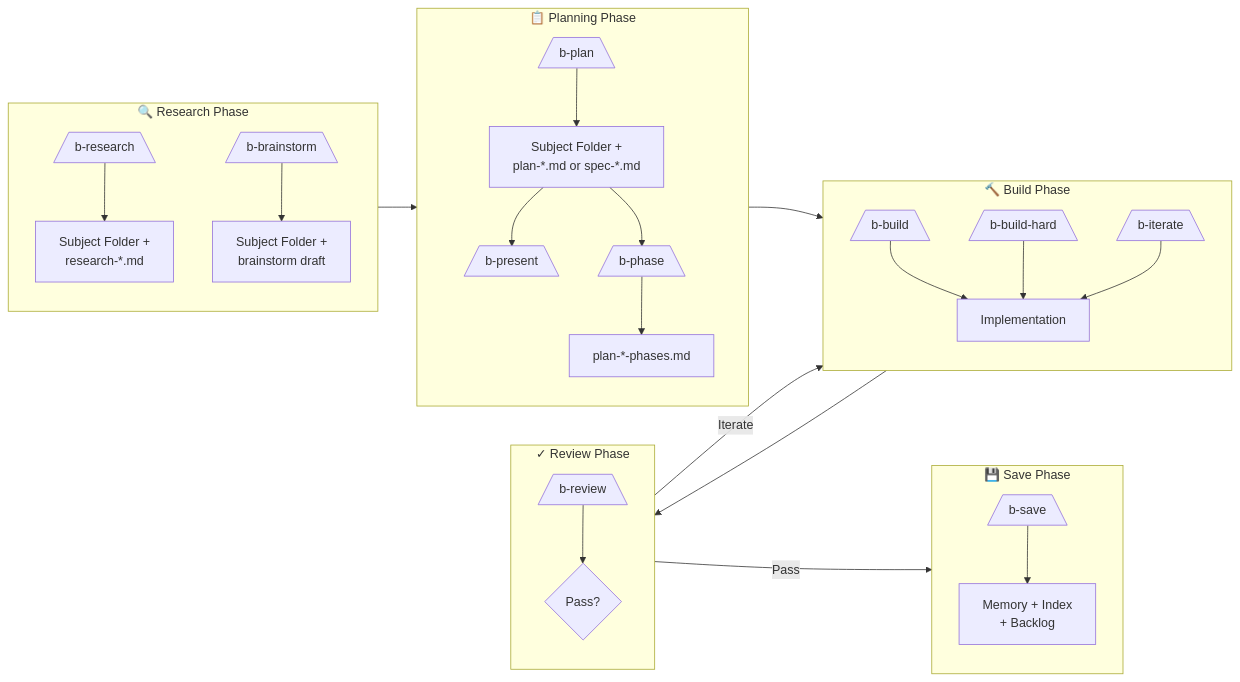
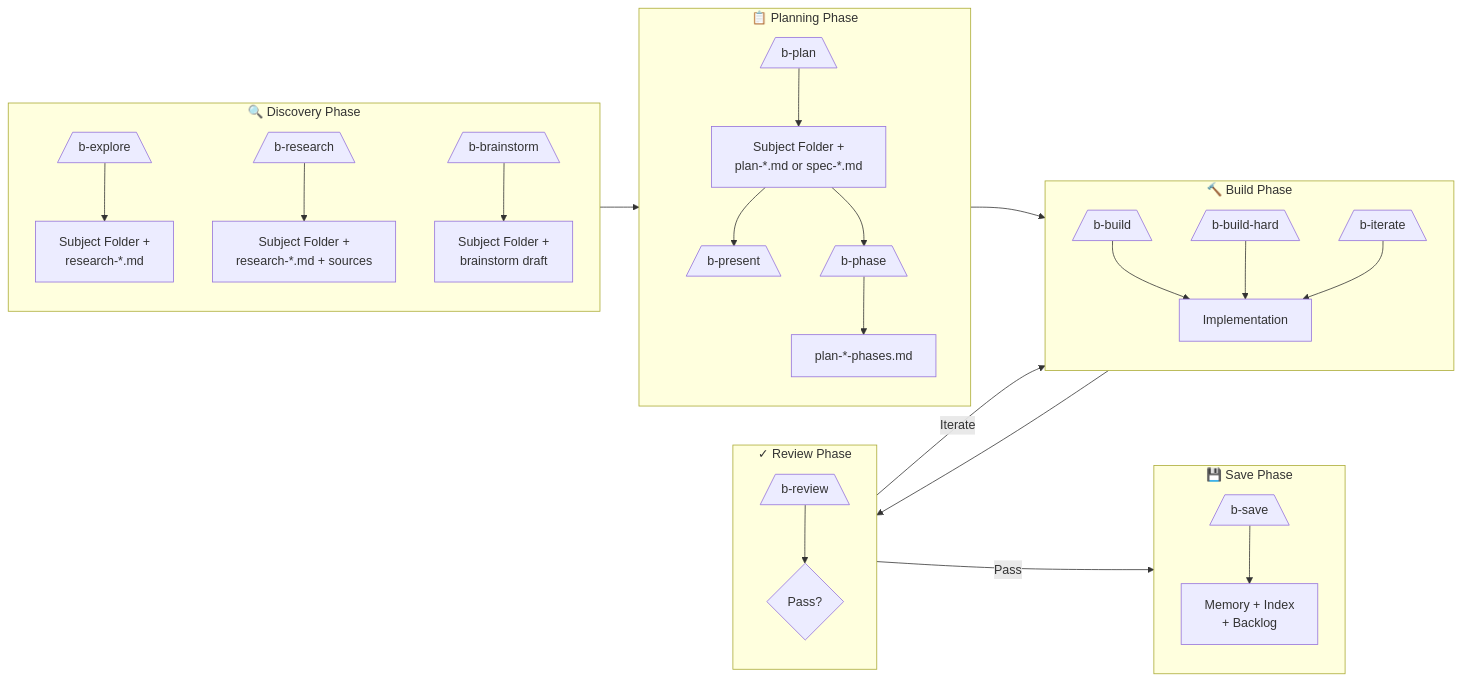
The second of 3 diagrams in docs/buck-workflow.md (evilbuck/buck-workflow-pi), drawn with Mermaid before and after one commit. The commit also changed other lines of this file and 20 other files, not shown here.

First line of the commit message:
feat(buck-workflow): split b-research into b-explore + b-research, add crawl4ai and source dictionary

````diff
--- a/docs/buck-workflow.md
+++ b/docs/buck-workflow.md
@@ -128,34 +134,35 @@
 ```mermaid
 flowchart LR
-    subgraph Research["🔍 Research Phase"]
-        R1[/b-research\] --> R2[Subject Folder +<br/>research-*.md]
+    subgraph Research["🔍 Discovery Phase"]
+        R1[/b-explore\] --> R2[Subject Folder +<br/>research-*.md]
+        R1b[/b-research\] --> R2b[Subject Folder +<br/>research-*.md + sources]
         R3[/b-brainstorm\] --> R4[Subject Folder +<br/>brainstorm draft]
     end
     
     subgraph Planning["📋 Planning Phase"]
         P1[/b-plan\] --> P2[Subject Folder +<br/>plan-*.md or spec-*.md]
         P2 --> P3[/b-present\]
         P2 --> P4[/b-phase\]
         P4 --> P5[plan-*-phases.md]
     end
     
     subgraph Build["🔨 Build Phase"]
         B1[/b-build\] --> B2[Implementation]
         B3[/b-build-hard\] --> B2
         B4[/b-iterate\] --> B2
     end
     
     subgraph Review["✓ Review Phase"]
         V1[/b-review\] --> V2{Pass?}
     end
     
     subgraph Save["💾 Save Phase"]
         S1[/b-save\] --> S2[Memory + Index<br/>+ Backlog]
     end
     
     Research --> Planning
     Planning --> Build
     Build --> Review
     Review -->|Pass| Save
     Review -->|Iterate| Build
 ```
````
